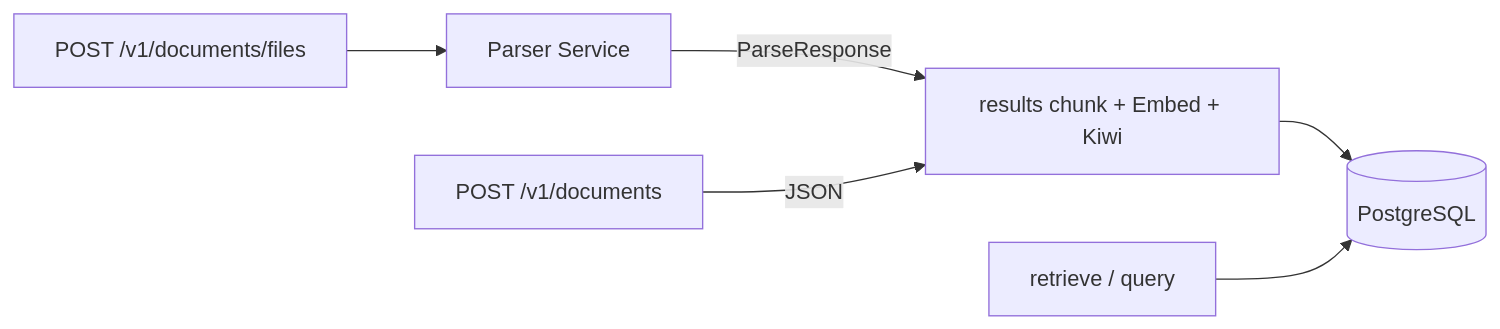
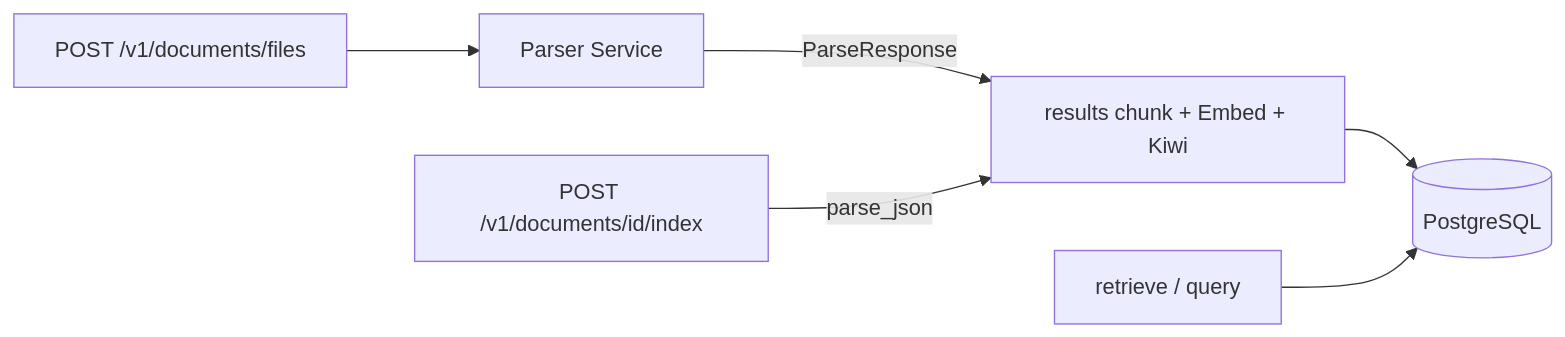
One commit to santarosalia/rag changed the second of 2 diagrams in doc/ARCHITECTURE.md. Above: the diagram before and after it, drawn with Mermaid. The commit also changed other lines of this file and 10 other files, not shown here.

First line of the commit message:
refactor: 기존 문서 적재를 POST /documents/{id}/index 로 옮긴다

````diff
--- a/doc/ARCHITECTURE.md
+++ b/doc/ARCHITECTURE.md
@@ -125,8 +125,8 @@
 ```mermaid
 flowchart LR
   A[POST /v1/documents/files] --> Ext[Parser Service]
   Ext -->|ParseResponse| Chunk
-  B[POST /v1/documents] -->|JSON| Chunk
+  B[POST /v1/documents/id/index] -->|parse_json| Chunk
   Chunk[results chunk + Embed + Kiwi] --> PG[(PostgreSQL)]
   Q[retrieve / query] --> PG
 ```
````
